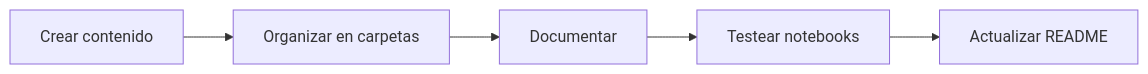
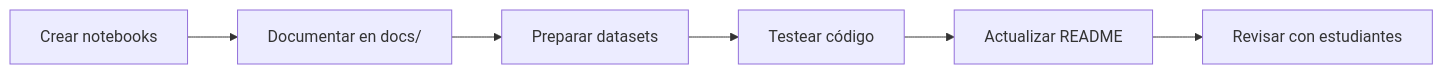
Before and after one commit to Mgobeaalcoba/data_science_henry: the second of 2 diagrams in ARCHITECTURE.md, drawn with Mermaid. The commit also changed other lines of this file and 11 other files, not shown here.

````diff
--- a/ARCHITECTURE.md
+++ b/ARCHITECTURE.md
@@ -175,7 +252,8 @@
 ```mermaid
 graph LR
-    A[Crear contenido] --> B[Organizar en carpetas]
-    B --> C[Documentar]
-    C --> D[Testear notebooks]
+    A[Crear notebooks] --> B[Documentar en docs/]
+    B --> C[Preparar datasets]
+    C --> D[Testear código]
     D --> E[Actualizar README]
+    E --> F[Revisar con estudiantes]
 ```
````
